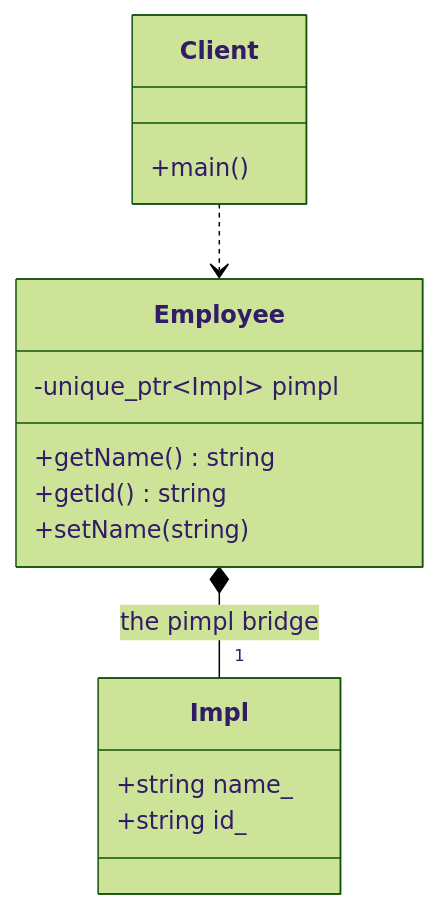
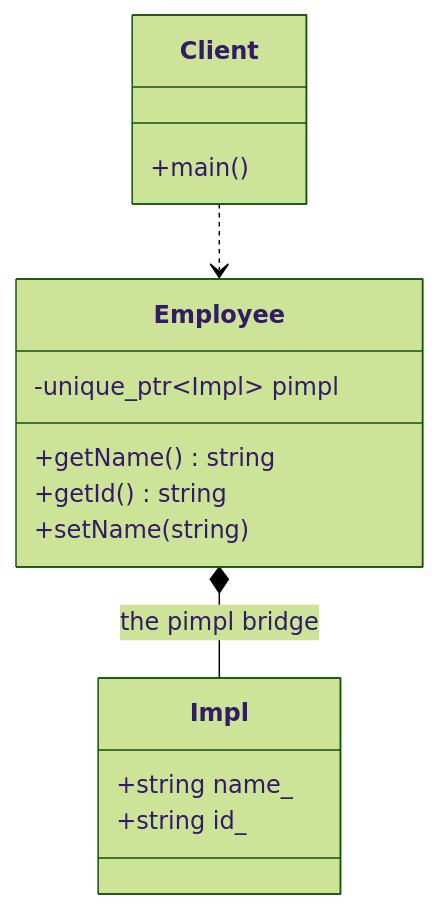
One commit to Cichlidfishexigency721/Modern-CPP-Design-Patterns changed the diagram in 09_Bridge/Bridge_Impl/README.md. Above: the diagram before and after it, drawn with Mermaid (forest theme). The commit also changed 22 other files, not shown here.

Commit message:
UML improvement

````diff
--- a/09_Bridge/Bridge_Impl/README.md
+++ b/09_Bridge/Bridge_Impl/README.md
@@ -28,24 +28,24 @@
 ```mermaid
 classDiagram
    class Employee {
       -unique_ptr~Impl~ pimpl
       +getName() string
       +getId() string
       +setName(string)
    }
 
    class Impl {
       +string name_
       +string id_
    }
 
    class Client {
       +main()
    }
 
    %% The Bridge (Pimpl): Employee owns the implementation object
-   Employee *-- "1" Impl : the pimpl bridge
+   Employee *-- Impl : the pimpl bridge
 
    %% Client only knows about the Employee interface
    Client ..> Employee
 ```
````
